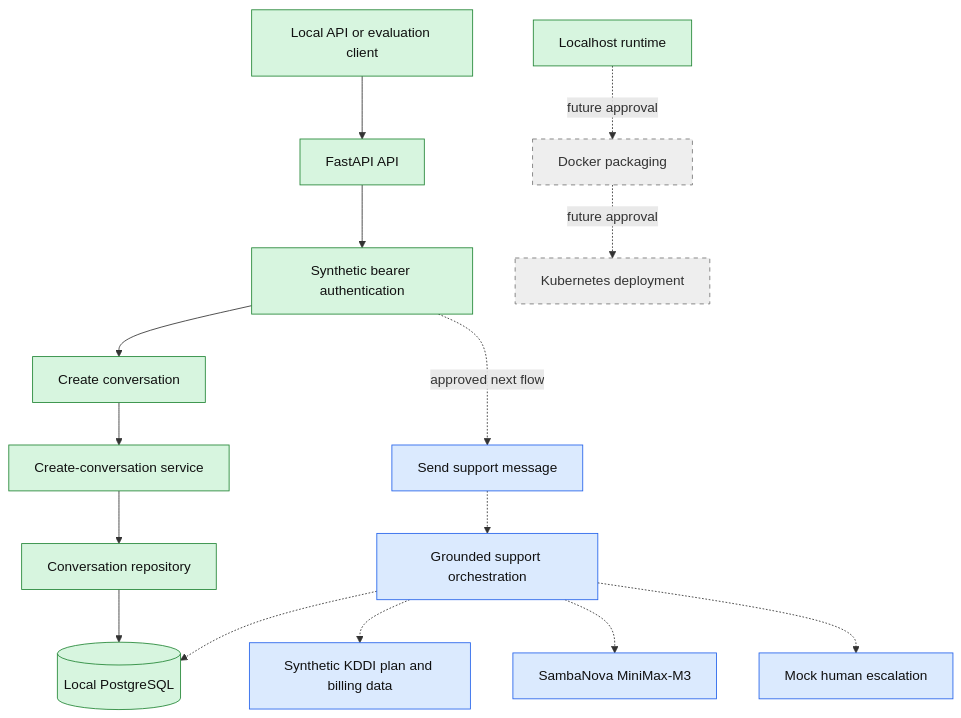
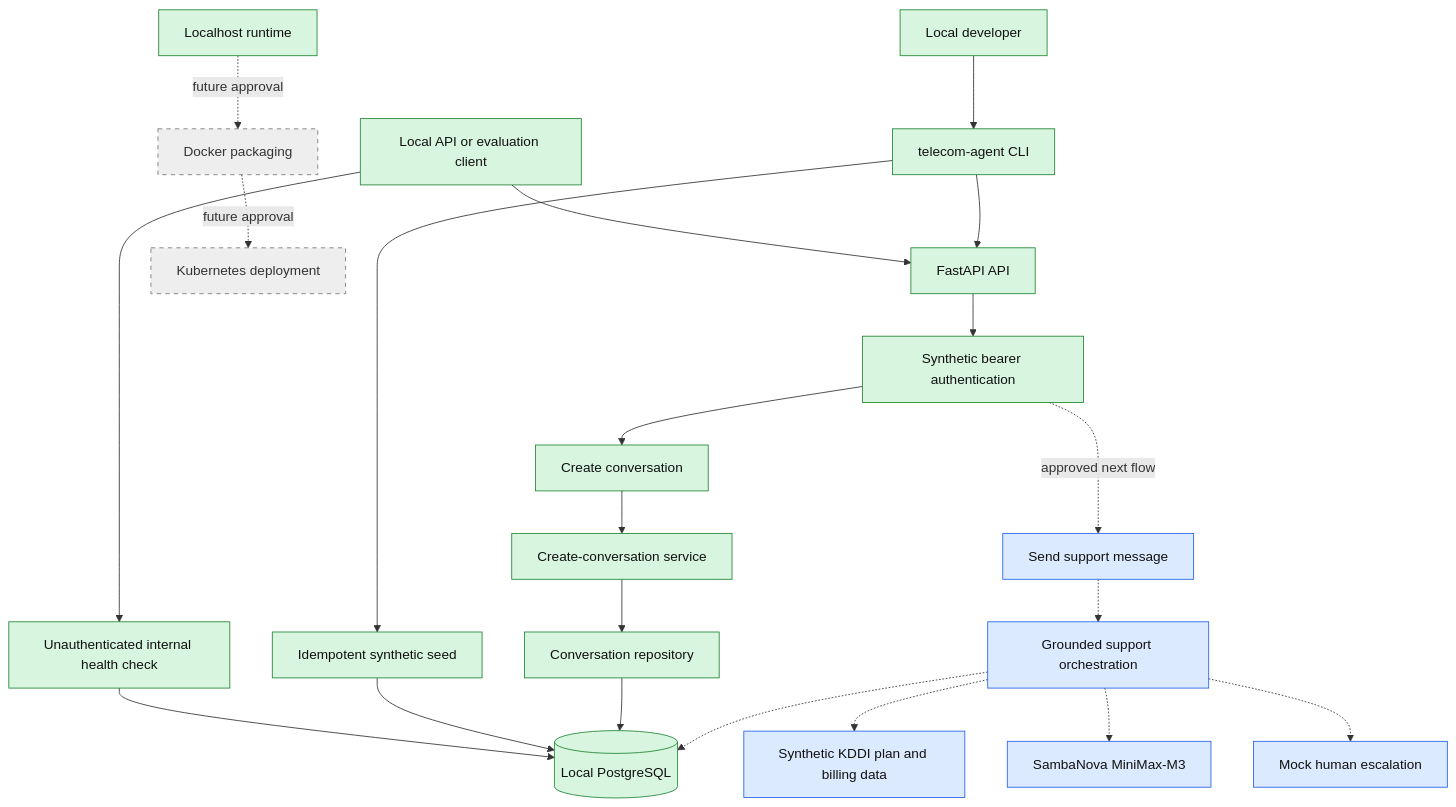
One commit to reggie-lu/codex-telecom-agent-workspace changed the diagram in docs/ARCHITECTURE.md. Above: the diagram before and after it, drawn with Mermaid. The commit also changed other lines of this file and 15 other files, not shown here.

Commit message:
Add local runtime commands and health check

````diff
--- a/docs/ARCHITECTURE.md
+++ b/docs/ARCHITECTURE.md
@@ -158,28 +158,35 @@
 ```mermaid
 flowchart TB
     Client[Local API or evaluation client] --> API[FastAPI API]
     API --> Auth[Synthetic bearer authentication]
+    Client --> Health[Unauthenticated internal health check]
+    Health --> DB
+
+    Developer[Local developer] --> CLI[telecom-agent CLI]
+    CLI --> Seed[Idempotent synthetic seed]
+    Seed --> DB
+    CLI --> API
 
     Auth --> Create[Create conversation]
     Create --> ConversationService[Create-conversation service]
     ConversationService --> ConversationRepo[Conversation repository]
     ConversationRepo --> DB[(Local PostgreSQL)]
 
     Auth -. approved next flow .-> Message[Send support message]
     Message -.-> Support[Grounded support orchestration]
     Support -.-> KDDI[Synthetic KDDI plan and billing data]
     Support -.-> Model[SambaNova MiniMax-M3]
     Support -.-> DB
     Support -.-> Escalation[Mock human escalation]
 
     Local[Localhost runtime] -. future approval .-> Docker[Docker packaging]
     Docker -. future approval .-> K8s[Kubernetes deployment]
 
     classDef implemented fill:#d7f5df,stroke:#238636,color:#111
     classDef agreed fill:#dbeafe,stroke:#2563eb,color:#111
     classDef deferred fill:#eeeeee,stroke:#777,color:#333,stroke-dasharray:5 5
 
-    class Client,API,Auth,Create,ConversationService,ConversationRepo,DB,Local implemented
+    class Client,API,Auth,Health,Developer,CLI,Seed,Create,ConversationService,ConversationRepo,DB,Local implemented
     class Message,Support,KDDI,Model,Escalation agreed
     class Docker,K8s deferred
 ```
````
